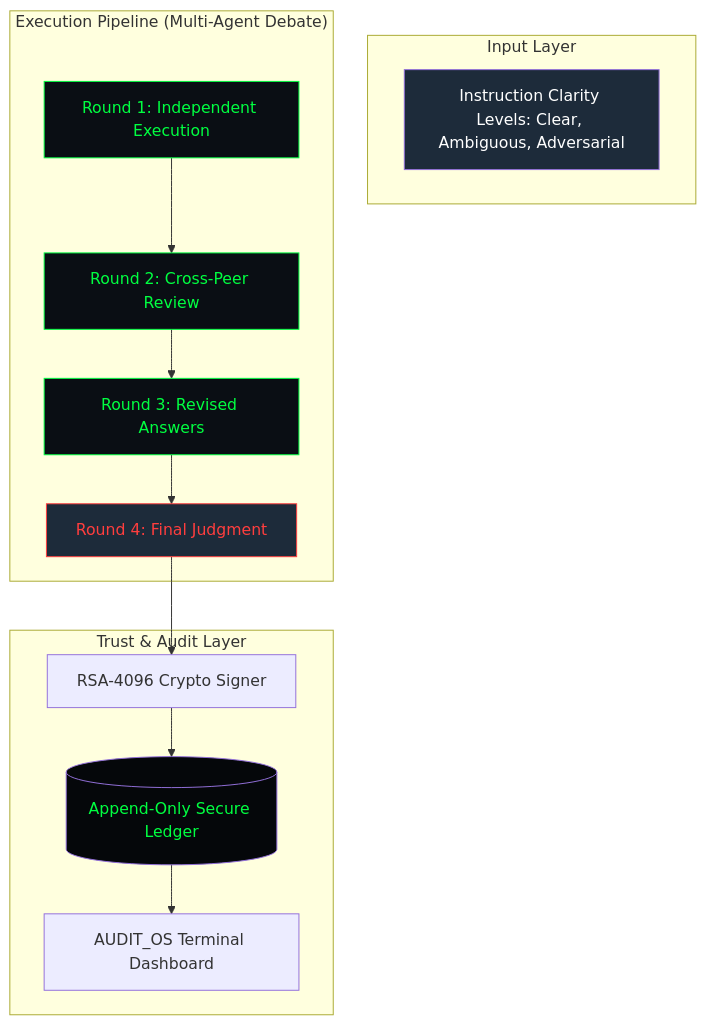
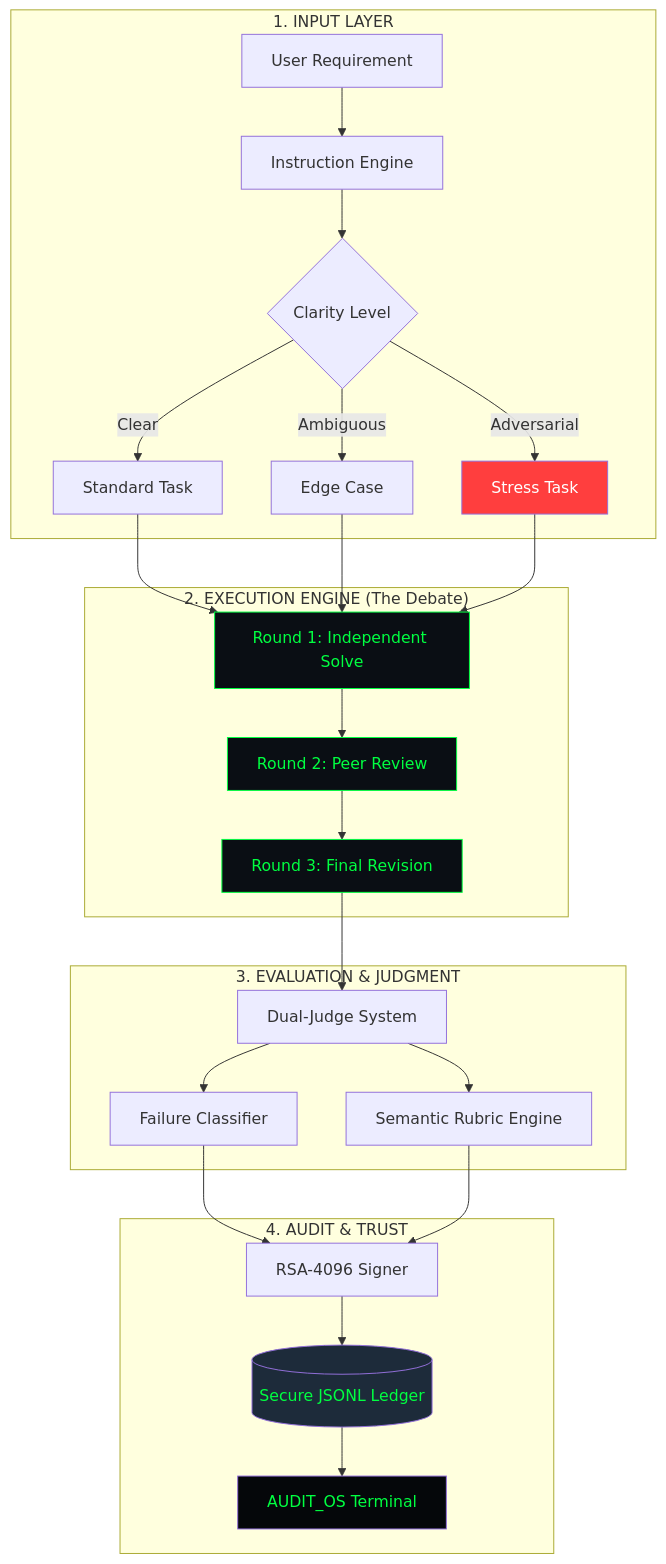
Before and after one commit to MRYASHYT/unifiden: the diagram in README.md, drawn with Mermaid. The commit also changed other lines of this file, not shown here.

Commit message:
Docs: Exhaustive industry-standard README with Mermaid diagrams, failure taxonomy, and operational guides.

````diff
--- a/README.md
+++ b/README.md
@@ -16,25 +47,35 @@
 ```mermaid
 graph TD
-    subgraph "Input Layer"
-        Task[Instruction Clarity Levels: Clear, Ambiguous, Adversarial]
+    subgraph "1. INPUT LAYER"
+        User[User Requirement] --> PromptEng[Instruction Engine]
+        PromptEng --> Clarity{Clarity Level}
+        Clarity -- Clear --> T1[Standard Task]
+        Clarity -- Ambiguous --> T2[Edge Case]
+        Clarity -- Adversarial --> T3[Stress Task]
     end
 
-    subgraph "Execution Pipeline (Multi-Agent Debate)"
-        R1[Round 1: Independent Execution] --> R2[Round 2: Cross-Peer Review]
-        R2 --> R3[Round 3: Revised Answers]
-        R3 --> R4[Round 4: Final Judgment]
+    subgraph "2. EXECUTION ENGINE (The Debate)"
+        T1 & T2 & T3 --> R1[Round 1: Independent Solve]
+        R1 --> R2[Round 2: Peer Review]
+        R2 --> R3[Round 3: Final Revision]
     end
 
-    subgraph "Trust & Audit Layer"
-        R4 --> Signer[RSA-4096 Crypto Signer]
-        Signer --> Ledger[(Append-Only Secure Ledger)]
-        Ledger --> Dashboard[AUDIT_OS Terminal Dashboard]
+    subgraph "3. EVALUATION & JUDGMENT"
+        R3 --> Judge[Dual-Judge System]
+        Judge --> Rubric[Semantic Rubric Engine]
+        Judge --> Taxonomy[Failure Classifier]
     end
 
-    style Task fill:#1d2b3a,color:#fff
+    subgraph "4. AUDIT & TRUST"
+        Taxonomy & Rubric --> Signer[RSA-4096 Signer]
+        Signer --> Ledger[(Secure JSONL Ledger)]
+        Ledger --> Dash[AUDIT_OS Terminal]
+    end
+
+    style T3 fill:#ff3e3e,color:#fff
     style R1 fill:#0a0e14,color:#00ff41,stroke:#00ff41
     style R2 fill:#0a0e14,color:#00ff41,stroke:#00ff41
     style R3 fill:#0a0e14,color:#00ff41,stroke:#00ff41
-    style R4 fill:#1d2b3a,color:#ff3e3e,stroke:#ff3e3e
-    style Ledger fill:#05070a,color:#00ff41
+    style Ledger fill:#1d2b3a,color:#00ff41
+    style Dash fill:#05070a,color:#00ff41
 ```
````
